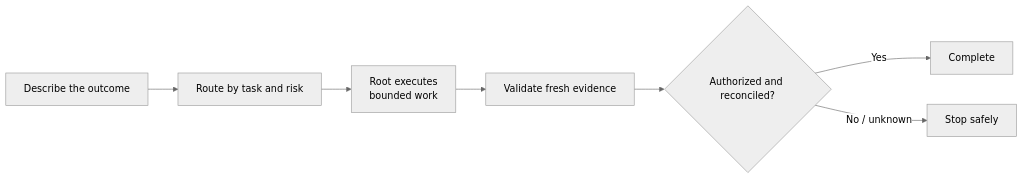
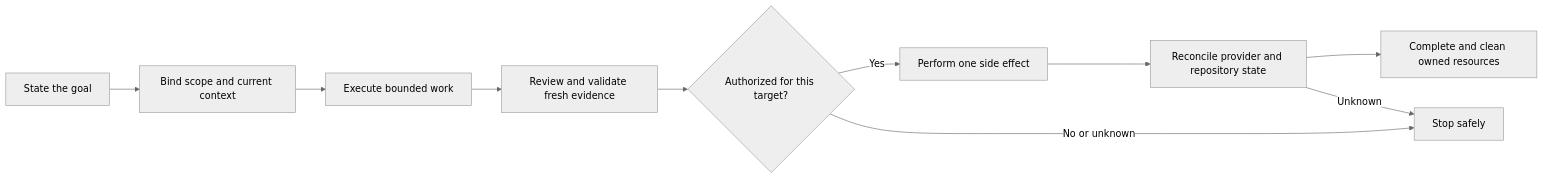
The diagram in README.md (stephen-taipei/better-workflows), drawn with Mermaid (neutral theme) before and after one commit. The commit also changed other lines of this file and 12 other files, not shown here.

````diff
--- a/README.md
+++ b/README.md
@@ -106,9 +123,12 @@
 ```mermaid
 flowchart LR
-  A["Describe the outcome"] --> B["Route by task and risk"]
-  B --> C["Root executes<br/>bounded work"]
-  C --> D["Validate fresh evidence"]
-  D --> E{"Authorized and reconciled?"}
-  E -- "Yes" --> F["Complete"]
-  E -- "No / unknown" --> G["Stop safely"]
+  A["State the goal"] --> B["Bind scope and current context"]
+  B --> C["Execute bounded work"]
+  C --> D["Review and validate fresh evidence"]
+  D --> E{"Authorized for this target?"}
+  E -- "Yes" --> F["Perform one side effect"]
+  F --> G["Reconcile provider and repository state"]
+  G --> H["Complete and clean owned resources"]
+  E -- "No or unknown" --> I["Stop safely"]
+  G -- "Unknown" --> I
 ```
````
